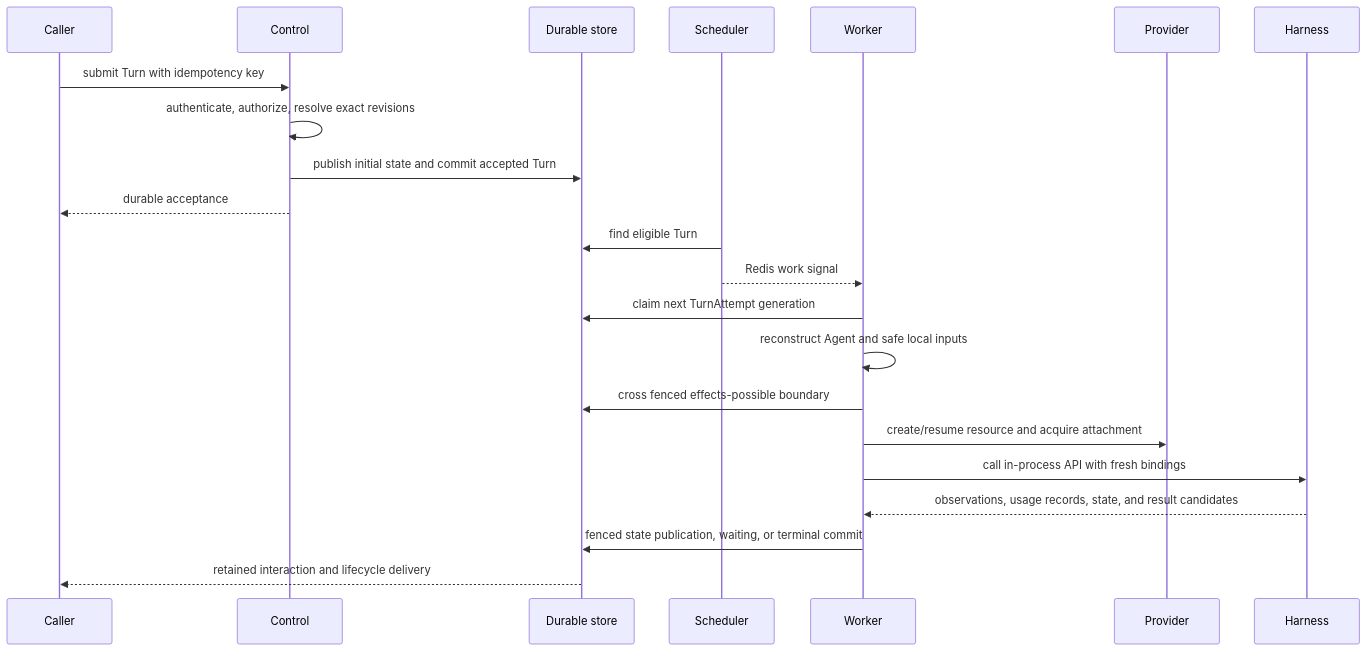
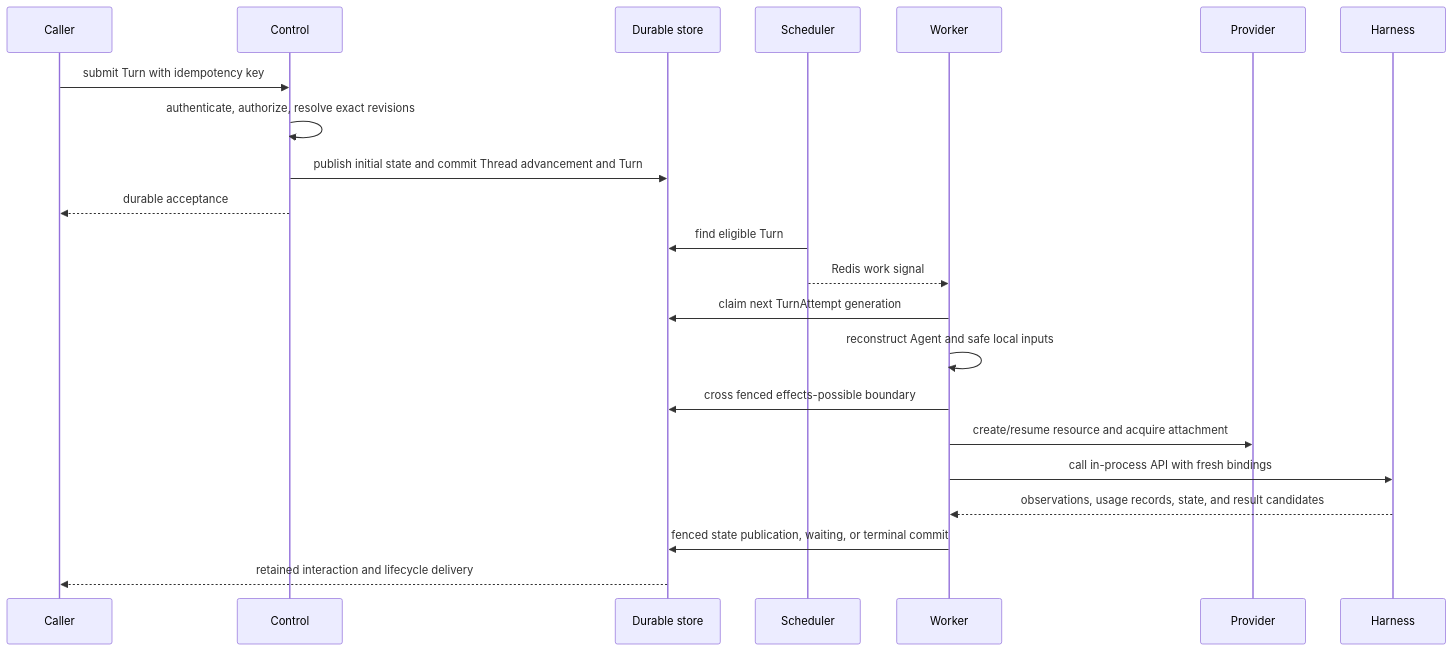
One commit to LTThreeComma/agent-foundation changed the second of 3 diagrams in spec/foundation-service/00-overview.md. Above: the diagram before and after it, drawn with Mermaid. The commit also changed other lines of this file and 14 other files, not shown here.

````diff
--- a/spec/foundation-service/00-overview.md
+++ b/spec/foundation-service/00-overview.md
@@ -96,25 +97,25 @@
 ```mermaid
 sequenceDiagram
     participant Caller
     participant Control
     participant DB as Durable store
     participant Scheduler
     participant Worker
     participant Provider
     participant Harness
 
     Caller->>Control: submit Turn with idempotency key
     Control->>Control: authenticate, authorize, resolve exact revisions
-    Control->>DB: publish initial state and commit accepted Turn
+    Control->>DB: publish initial state and commit Thread advancement and Turn
     Control-->>Caller: durable acceptance
     Scheduler->>DB: find eligible Turn
     Scheduler-->>Worker: Redis work signal
     Worker->>DB: claim next TurnAttempt generation
     Worker->>Worker: reconstruct Agent and safe local inputs
     Worker->>DB: cross fenced effects-possible boundary
     Worker->>Provider: create/resume resource and acquire attachment
     Worker->>Harness: call in-process API with fresh bindings
     Harness-->>Worker: observations, usage records, state, and result candidates
     Worker->>DB: fenced state publication, waiting, or terminal commit
     DB-->>Caller: retained interaction and lifecycle delivery
 ```
````
